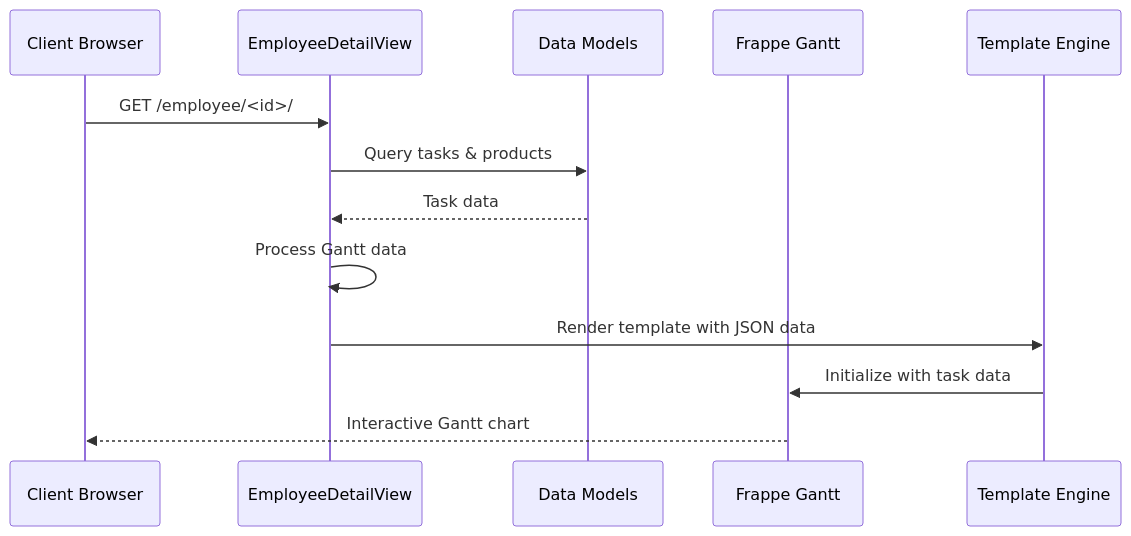
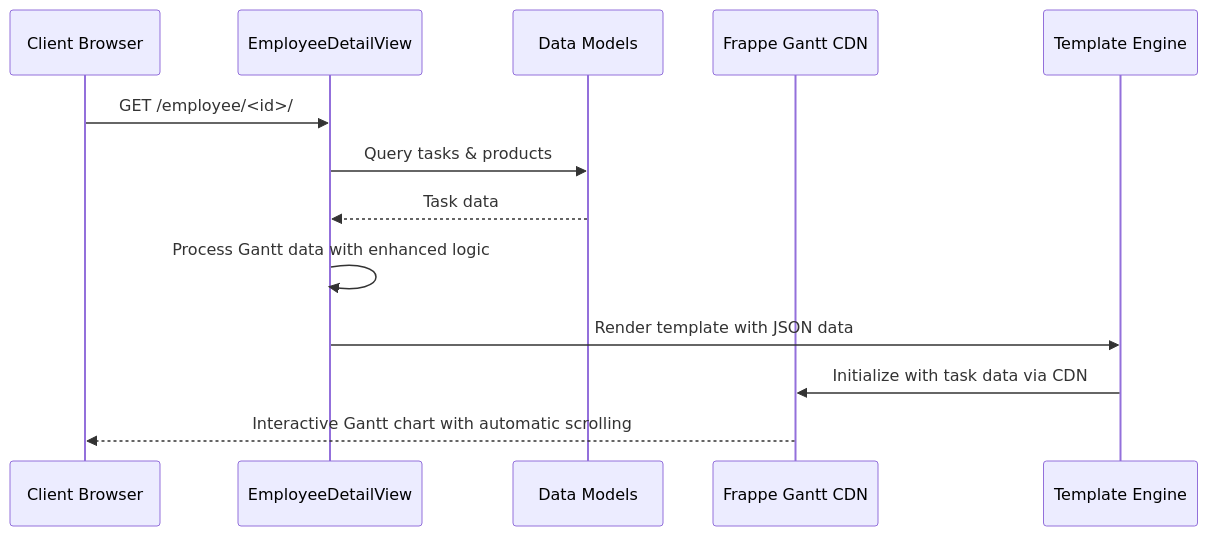
One commit to Pavel9474/task_manager changed the third of 9 diagrams in .qoder/repowiki/en/content/User Interface and Templates/Gantt Chart Visualization System.md. Above: the diagram before and after it, drawn with Mermaid. The commit also changed other lines of this file and 11 other files, not shown here.

Commit message:
bars are added gantt correct, popup windows works

````diff
--- a/.qoder/repowiki/en/content/User Interface and Templates/Gantt Chart Visualization System.md
+++ b/.qoder/repowiki/en/content/User Interface and Templates/Gantt Chart Visualization System.md
@@ -175,15 +186,15 @@
 ```mermaid
 sequenceDiagram
 participant Client as Client Browser
 participant EmployeeView as EmployeeDetailView
 participant Models as Data Models
-participant Gantt as Frappe Gantt
+participant Gantt as Frappe Gantt CDN
 participant Template as Template Engine
 Client->>EmployeeView : GET /employee/<id>/
 EmployeeView->>Models : Query tasks & products
 Models-->>EmployeeView : Task data
-EmployeeView->>EmployeeView : Process Gantt data
+EmployeeView->>EmployeeView : Process Gantt data with enhanced logic
 EmployeeView->>Template : Render template with JSON data
-Template->>Gantt : Initialize with task data
-Gantt-->>Client : Interactive Gantt chart
+Template->>Gantt : Initialize with task data via CDN
+Gantt-->>Client : Interactive Gantt chart with automatic scrolling
 ```
````
